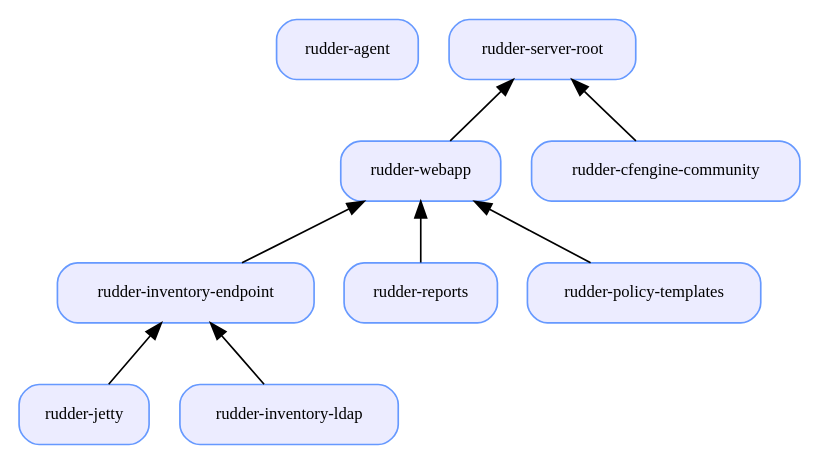
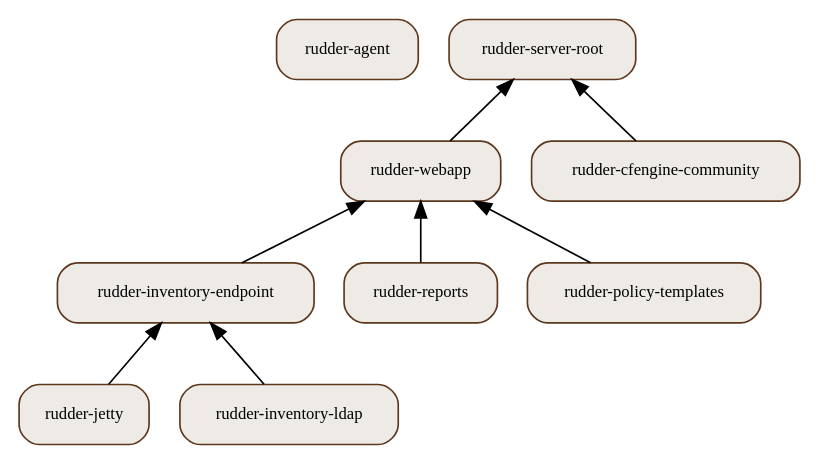
The diagram in graphviz/packages.dot (Normation/rudder-doc), drawn with Graphviz before and after one commit. The commit also changed 4 other files, not shown here.

Commit message:
work on graphviz color scheme

```diff
--- a/graphviz/packages.dot
+++ b/graphviz/packages.dot
@@ -1,47 +1,52 @@
 digraph packages{
 
 rankdir=BT;
 
-node [shape=Mrecord, style=filled, color="#6699ff", fillcolor="#ececff",
-fontsize=10]
+node [
+    shape=Mrecord, 
+    style=filled, 
+    color="#5d381d", 
+    fillcolor="#eeebe7",
+    fontsize=10
+]
 
 "rudder-agent"
 "rudder-jetty"
 "rudder-inventory-ldap"
 "rudder-inventory-endpoint"
 "rudder-reports"
 "rudder-policy-templates"
 "rudder-webapp"
 "rudder-cfengine-community"
 "rudder-server-root"
 
 {rank=same;
   "rudder-agent"
   "rudder-server-root"
 }
 {rank=same;
   "rudder-inventory-ldap"
   "rudder-jetty"
 }
 
 "rudder-jetty" -> "rudder-inventory-endpoint"
 
 "rudder-inventory-ldap" -> "rudder-inventory-endpoint"
 
 {rank=same;
   "rudder-inventory-endpoint"
   "rudder-reports"
   "rudder-policy-templates"
 }
 
 "rudder-inventory-endpoint" -> "rudder-webapp"
 
 "rudder-policy-templates" -> "rudder-webapp" 
 
 "rudder-reports"-> "rudder-webapp"
 
 "rudder-webapp" -> "rudder-server-root"
 
 "rudder-cfengine-community" ->"rudder-server-root"
 
 }
```
